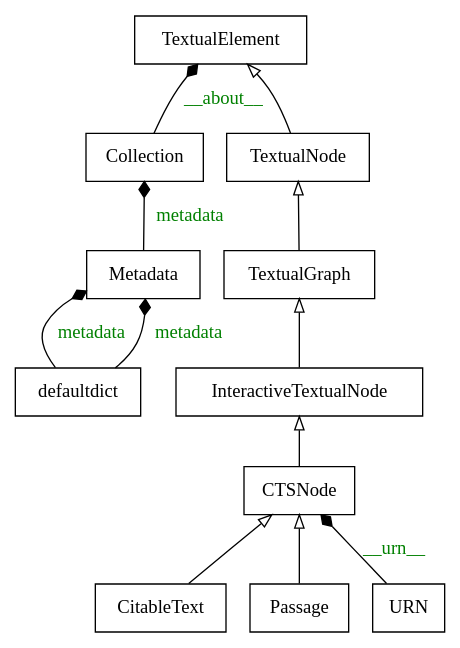
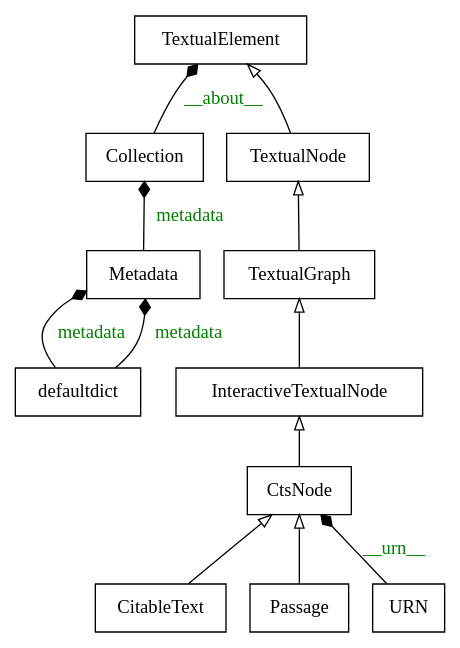
The diagram in doc/_static/pyreverse/classes_MyCapytain_texts.dot (Capitains/MyCapytain), drawn with Graphviz before and after one commit. The commit also changed 44 other files, not shown here.

```diff
--- a/doc/_static/pyreverse/classes_MyCapytain_texts.dot
+++ b/doc/_static/pyreverse/classes_MyCapytain_texts.dot
@@ -1,26 +1,26 @@
 digraph "classes_MyCapytain_texts" {
 charset="utf-8"
 rankdir=BT
-"0" [label="CTSNode", shape="record"];
+"0" [label="CtsNode", shape="record"];
 "1" [label="CitableText", shape="record"];
 "2" [label="Collection", shape="record"];
 "3" [label="InteractiveTextualNode", shape="record"];
 "4" [label="Metadata", shape="record"];
 "5" [label="Passage", shape="record"];
 "6" [label="TextualElement", shape="record"];
 "7" [label="TextualGraph", shape="record"];
 "8" [label="TextualNode", shape="record"];
 "9" [label="URN", shape="record"];
 "10" [label="defaultdict", shape="record"];
 "0" -> "3" [arrowhead="empty", arrowtail="none"];
 "1" -> "0" [arrowhead="empty", arrowtail="none"];
 "3" -> "7" [arrowhead="empty", arrowtail="none"];
 "5" -> "0" [arrowhead="empty", arrowtail="none"];
 "7" -> "8" [arrowhead="empty", arrowtail="none"];
 "8" -> "6" [arrowhead="empty", arrowtail="none"];
 "2" -> "6" [arrowhead="diamond", arrowtail="none", fontcolor="green", label="__about__", style="solid"];
 "4" -> "2" [arrowhead="diamond", arrowtail="none", fontcolor="green", label="metadata", style="solid"];
 "9" -> "0" [arrowhead="diamond", arrowtail="none", fontcolor="green", label="__urn__", style="solid"];
 "10" -> "4" [arrowhead="diamond", arrowtail="none", fontcolor="green", label="metadata", style="solid"];
 "10" -> "4" [arrowhead="diamond", arrowtail="none", fontcolor="green", label="metadata", style="solid"];
 }
```
